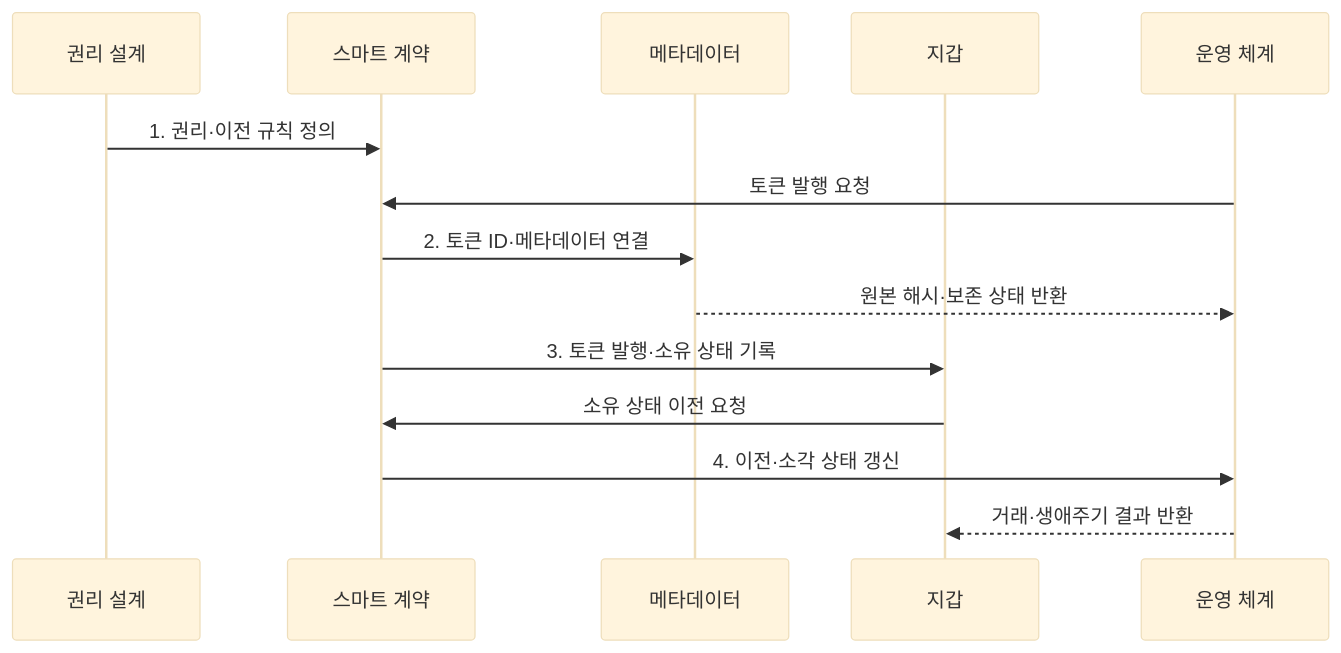
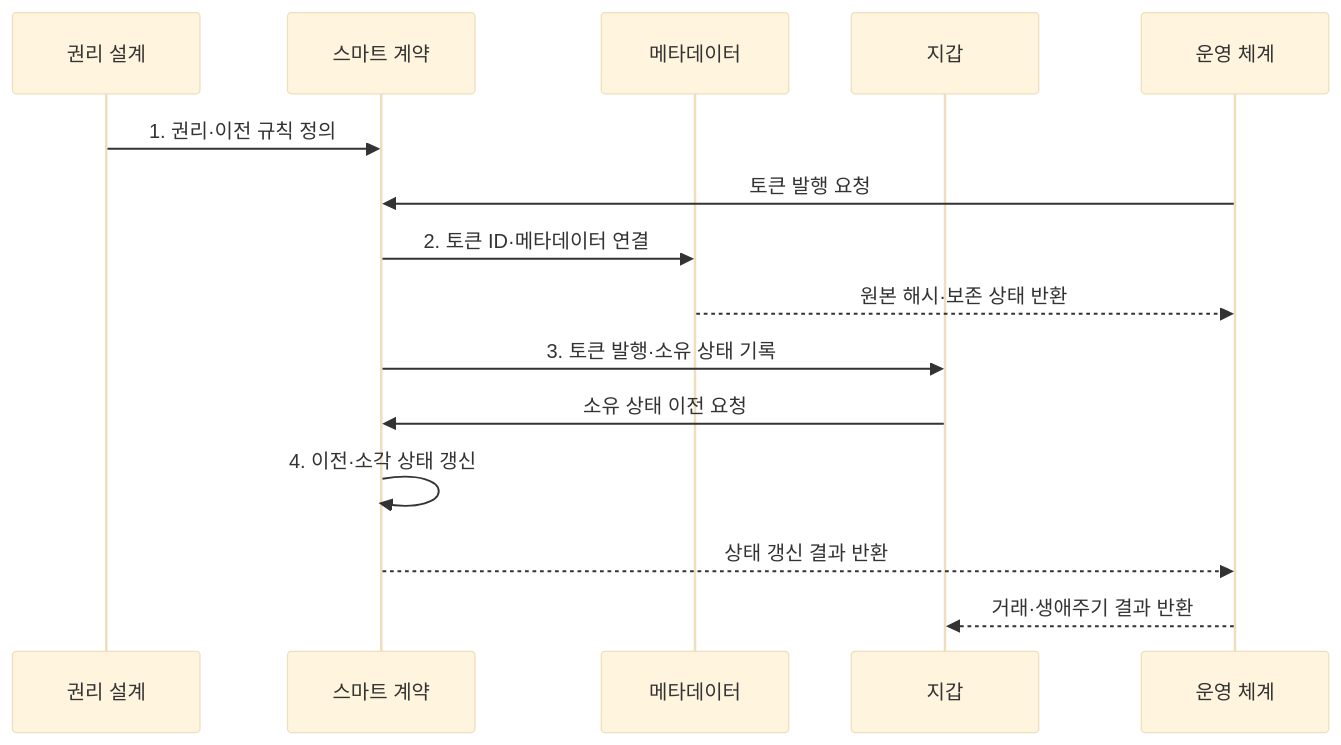
One commit to agnusdei1207/knowledge-base changed the second of 2 diagrams in src/content/docs/notes/08-latest-tech/223_nft_non_fungible_token.md. Above: the diagram before and after it, drawn with Mermaid (base theme). The commit also changed other lines of this file and 6 other files, not shown here.

````diff
--- a/src/content/docs/notes/08-latest-tech/223_nft_non_fungible_token.md
+++ b/src/content/docs/notes/08-latest-tech/223_nft_non_fungible_token.md
@@ -76,16 +76,17 @@
 ```mermaid
 sequenceDiagram
   participant R as 권리 설계
   participant C as 스마트 계약
   participant M as 메타데이터
   participant W as 지갑
   participant O as 운영 체계
   R->>C: 1. 권리·이전 규칙 정의
   O->>C: 토큰 발행 요청
   C->>M: 2. 토큰 ID·메타데이터 연결
   M-->>O: 원본 해시·보존 상태 반환
   C->>W: 3. 토큰 발행·소유 상태 기록
   W->>C: 소유 상태 이전 요청
-  C->>O: 4. 이전·소각 상태 갱신
+  C->>C: 4. 이전·소각 상태 갱신
+  C-->>O: 상태 갱신 결과 반환
   O-->>W: 거래·생애주기 결과 반환
 ```
````
